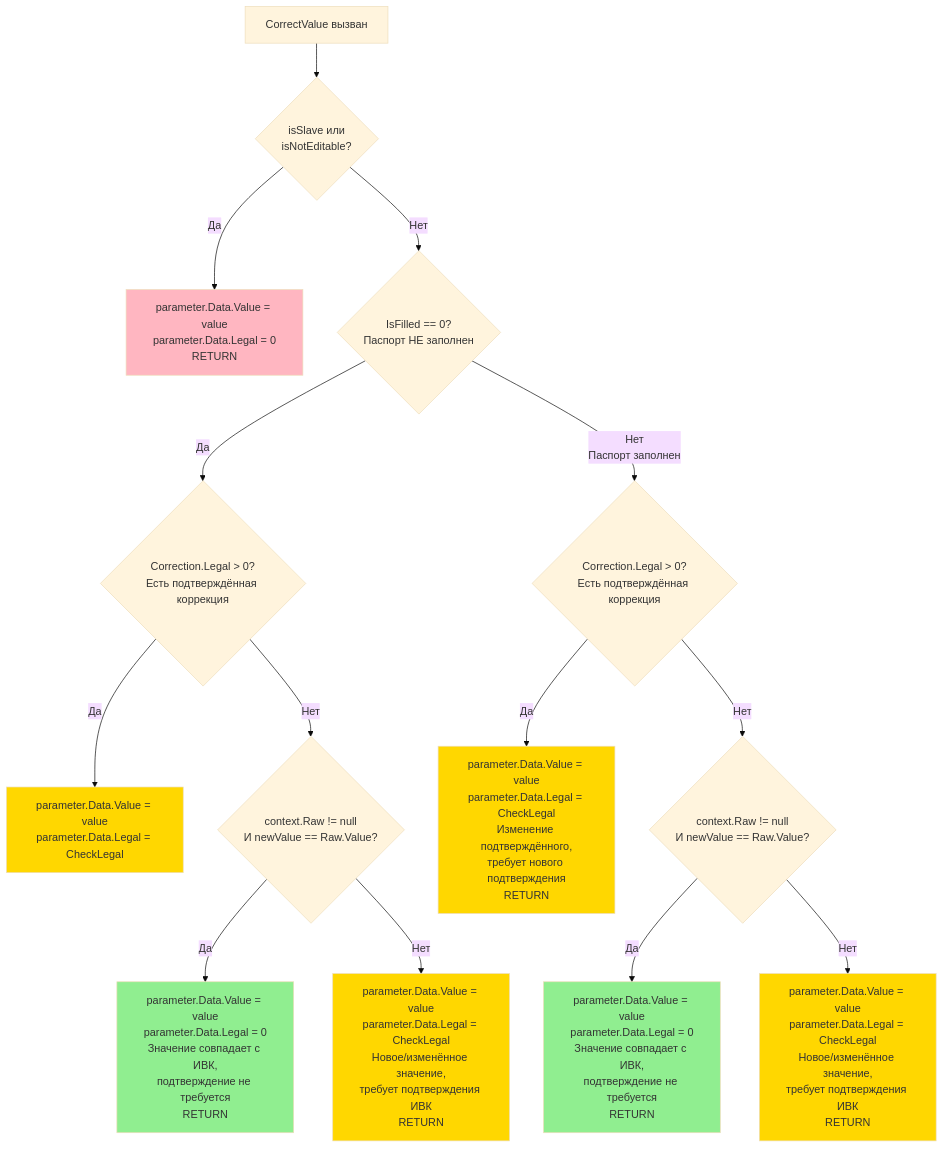
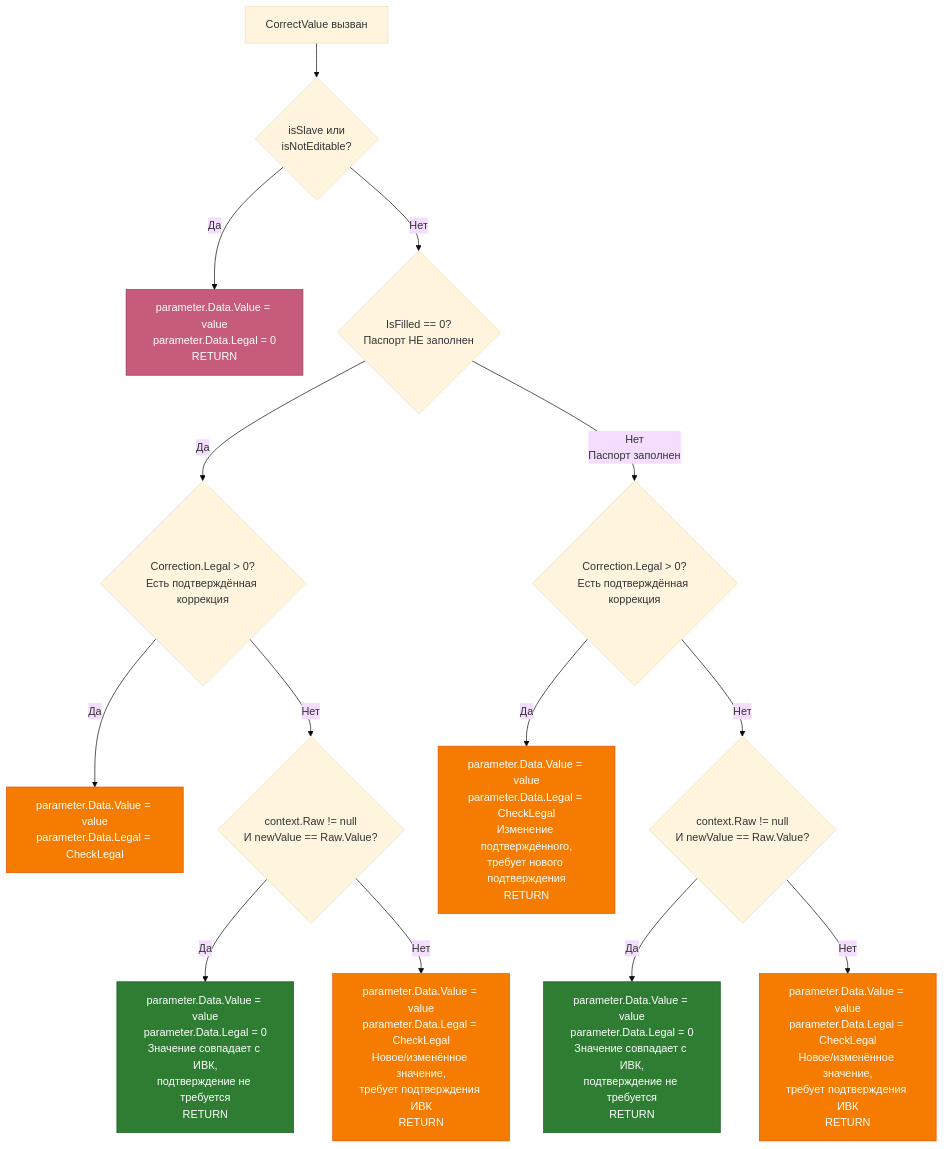
The fifth of 5 diagrams in docs/architecture/passport-editor.md (tn-ivk/tn-doc), drawn with Mermaid (base theme) before and after one commit.

Commit message:
docs: улучшена читаемость диаграммы CorrectValue
Изменены цвета блоков на более контрастные:
- Slave/нередактируемые: светло-розовый → тёмно-розовый (#c75b7a)
- Legal=0: светло-зелёный → тёмно-зелёный (#2e7d32)
- Legal=CheckLegal: золотой → тёмно-оранжевый (#f57c00)

Добавлен явный белый цвет текста (color:#fff) для всех цветных блоков.
Улучшен контраст обводки (stroke) для лучшего визуального отделения.

````diff
--- a/docs/architecture/passport-editor.md
+++ b/docs/architecture/passport-editor.md
@@ -534,38 +534,38 @@
 ```mermaid
 flowchart TD
     Start[CorrectValue вызван] --> CheckSlave{isSlave или<br/>isNotEditable?}
 
     CheckSlave -->|Да| SetLegal0A[parameter.Data.Value = value<br/>parameter.Data.Legal = 0<br/>RETURN]
 
     CheckSlave -->|Нет| CheckFilled{IsFilled == 0?<br/>Паспорт НЕ заполнен}
 
     %% Ветка: паспорт НЕ заполнен
     CheckFilled -->|Да| CheckCorrectionUnfilled{Correction.Legal > 0?<br/>Есть подтверждённая коррекция}
 
     CheckCorrectionUnfilled -->|Да| SetLegalCheck1[parameter.Data.Value = value<br/>parameter.Data.Legal = CheckLegal]
 
     CheckCorrectionUnfilled -->|Нет| CheckRawUnfilled{context.Raw != null<br/>И newValue == Raw.Value?}
 
     CheckRawUnfilled -->|Да| SetLegal0B[parameter.Data.Value = value<br/>parameter.Data.Legal = 0<br/>Значение совпадает с ИВК,<br/>подтверждение не требуется<br/>RETURN]
 
     CheckRawUnfilled -->|Нет| SetLegalCheck2[parameter.Data.Value = value<br/>parameter.Data.Legal = CheckLegal<br/>Новое/изменённое значение,<br/>требует подтверждения ИВК<br/>RETURN]
 
     %% Ветка: паспорт заполнен
     CheckFilled -->|Нет<br/>Паспорт заполнен| CheckCorrectionFilled{Correction.Legal > 0?<br/>Есть подтверждённая коррекция}
 
     CheckCorrectionFilled -->|Да| SetLegalCheck3[parameter.Data.Value = value<br/>parameter.Data.Legal = CheckLegal<br/>Изменение подтверждённого,<br/>требует нового подтверждения<br/>RETURN]
 
     CheckCorrectionFilled -->|Нет| CheckRawFilled{context.Raw != null<br/>И newValue == Raw.Value?}
 
     CheckRawFilled -->|Да| SetLegal0C[parameter.Data.Value = value<br/>parameter.Data.Legal = 0<br/>Значение совпадает с ИВК,<br/>подтверждение не требуется<br/>RETURN]
 
     CheckRawFilled -->|Нет| SetLegalCheck4[parameter.Data.Value = value<br/>parameter.Data.Legal = CheckLegal<br/>Новое/изменённое значение,<br/>требует подтверждения ИВК<br/>RETURN]
 
-    style SetLegal0A fill:#FFB6C1
-    style SetLegal0B fill:#90EE90
-    style SetLegal0C fill:#90EE90
-    style SetLegalCheck1 fill:#FFD700
-    style SetLegalCheck2 fill:#FFD700
-    style SetLegalCheck3 fill:#FFD700
-    style SetLegalCheck4 fill:#FFD700
+    style SetLegal0A fill:#c75b7a,stroke:#8b3a5a,color:#fff
+    style SetLegal0B fill:#2e7d32,stroke:#1b5e20,color:#fff
+    style SetLegal0C fill:#2e7d32,stroke:#1b5e20,color:#fff
+    style SetLegalCheck1 fill:#f57c00,stroke:#e65100,color:#fff
+    style SetLegalCheck2 fill:#f57c00,stroke:#e65100,color:#fff
+    style SetLegalCheck3 fill:#f57c00,stroke:#e65100,color:#fff
+    style SetLegalCheck4 fill:#f57c00,stroke:#e65100,color:#fff
 ```
````
